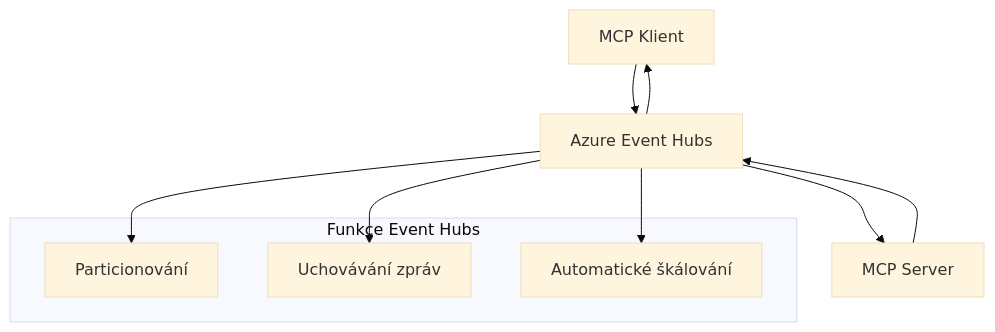
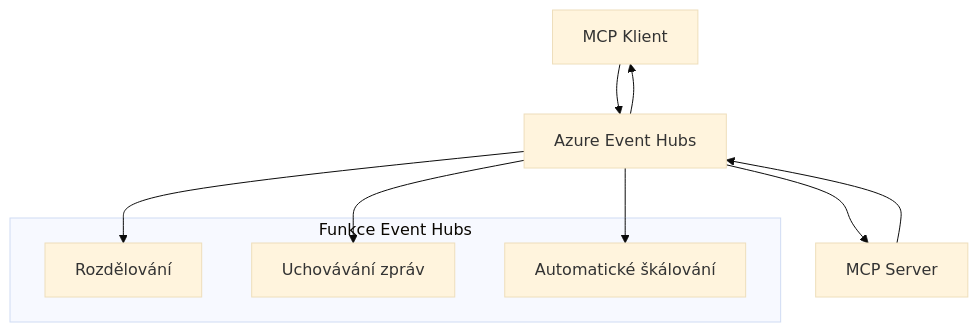
Before and after one commit to HIDORAKAI002/ai-workspace-archive: the second of 2 diagrams in mcp_ecosystem__model_context_protocol/mcp_learning_resources/mcp-for-beginners/translations/cs/05-AdvancedTopics/mcp-transport/README.md, drawn with Mermaid (base theme). The commit also changed other lines of this file and 1539 other files, not shown here.

````diff
--- a/mcp_ecosystem__model_context_protocol/mcp_learning_resources/mcp-for-beginners/translations/cs/05-AdvancedTopics/mcp-transport/README.md
+++ b/mcp_ecosystem__model_context_protocol/mcp_learning_resources/mcp-for-beginners/translations/cs/05-AdvancedTopics/mcp-transport/README.md
@@ -269,17 +270,17 @@
 ```mermaid
 graph TB
     Client[MCP Klient] --> EH[Azure Event Hubs]
     EH --> Server[MCP Server]
     Server --> EH
     EH --> Client
     
     subgraph "Funkce Event Hubs"
-        Partition[Particionování]
+        Partition[Rozdělování]
         Retention[Uchovávání zpráv]
         Scaling[Automatické škálování]
     end
     
     EH --> Partition
     EH --> Retention
     EH --> Scaling
 ```
````
